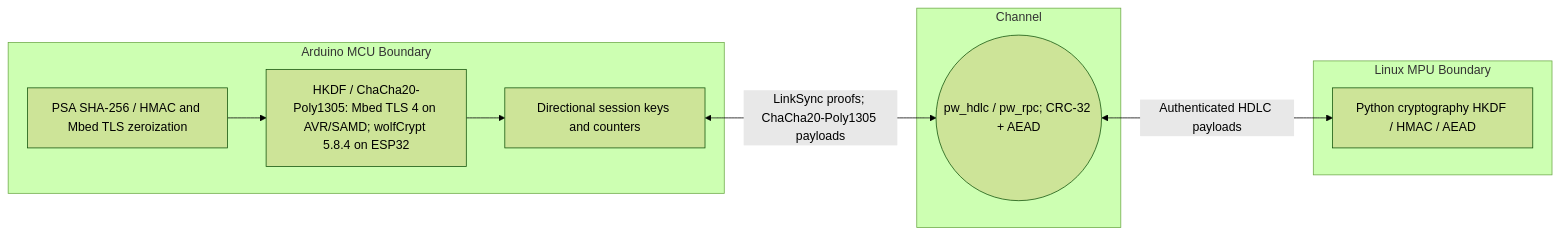
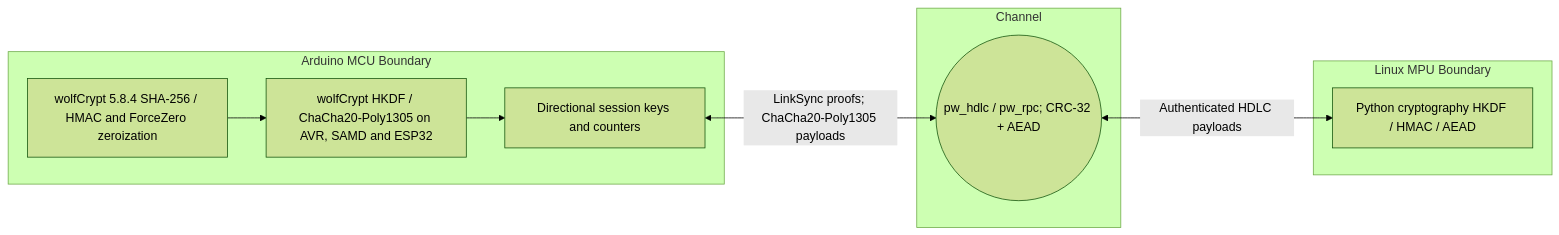
One commit to isantolin/arduino-yun-bridge2 changed the diagram in docs/security/FIPS140_3_SECURITY_POLICY.md. Above: the diagram before and after it, drawn with Mermaid (forest theme). The commit also changed other lines of this file and 3 other files, not shown here.

````diff
--- a/docs/security/FIPS140_3_SECURITY_POLICY.md
+++ b/docs/security/FIPS140_3_SECURITY_POLICY.md
@@ -12,21 +12,21 @@
 ```mermaid
 graph LR
     subgraph Arduino MCU Boundary
-        A[PSA SHA-256 / HMAC and Mbed TLS zeroization]
-        E[HKDF / ChaCha20-Poly1305: Mbed TLS 4 on AVR/SAMD; wolfCrypt 5.8.4 on ESP32]
+        A[wolfCrypt 5.8.4 SHA-256 / HMAC and ForceZero zeroization]
+        E[wolfCrypt HKDF / ChaCha20-Poly1305 on AVR, SAMD and ESP32]
         B[Directional session keys and counters]
     end
 
     subgraph Channel
         UART((pw_hdlc / pw_rpc; CRC-32 + AEAD))
     end
 
     subgraph Linux MPU Boundary
         D[Python cryptography HKDF / HMAC / AEAD]
     end
 
     A --> E
     E --> B
     B <-->|LinkSync proofs; ChaCha20-Poly1305 payloads| UART
     UART <-->|Authenticated HDLC payloads| D
 ```
````
